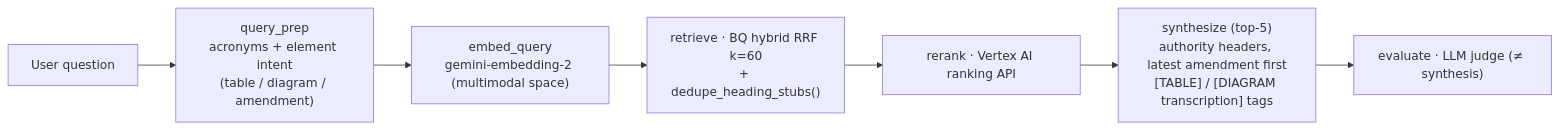
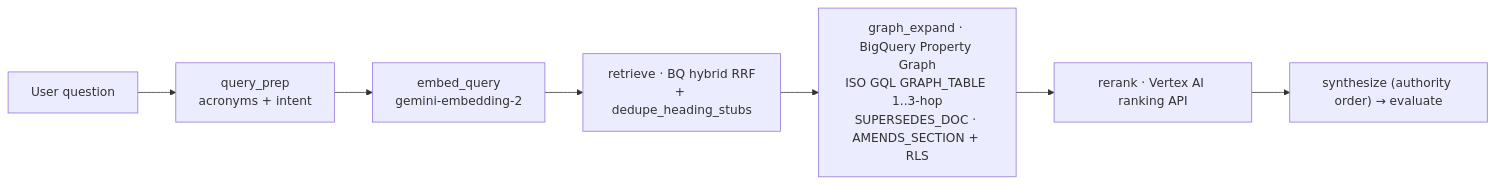
One commit to nishitpatel01/rag-arena changed the third of 3 diagrams in README.md. Above: the diagram before and after it, drawn with Mermaid. The commit also changed other lines of this file and 110 other files, not shown here.

Commit message:
feat: release v1.6.4 — Cloud SQL pgvector, BigQuery GraphRAG (GQL), Gemini 4 Neon & enterprise polish

````diff
--- a/README.md
+++ b/README.md
@@ -153,9 +119,9 @@
 ```mermaid
 flowchart LR
-    U["User question"] --> QP["query_prep<br/>acronyms + element intent<br/>(table / diagram / amendment)"]
-    QP --> EQ["embed_query<br/>gemini-embedding-2 (multimodal space)"]
-    EQ --> RT["retrieve · BQ hybrid RRF k=60<br/>+ dedupe_heading_stubs()"]
-    RT --> RK["rerank · Vertex AI ranking API"]
-    RK --> SY["synthesize (top-5)<br/>authority headers, latest amendment first<br/>[TABLE] / [DIAGRAM transcription] tags"]
-    SY --> EV["evaluate · LLM judge (≠ synthesis)"]
+    U["User question"] --> QP["query_prep<br/>acronyms + intent"]
+    QP --> EQ["embed_query<br/>gemini-embedding-2"]
+    EQ --> RT["retrieve · BQ hybrid RRF<br/>+ dedupe_heading_stubs"]
+    RT --> GE["graph_expand · BigQuery Property Graph<br/>ISO GQL GRAPH_TABLE 1..3-hop<br/>SUPERSEDES_DOC · AMENDS_SECTION + RLS"]
+    GE --> RK["rerank · Vertex AI ranking API"]
+    RK --> SY["synthesize (authority order) → evaluate"]
 ```
````
